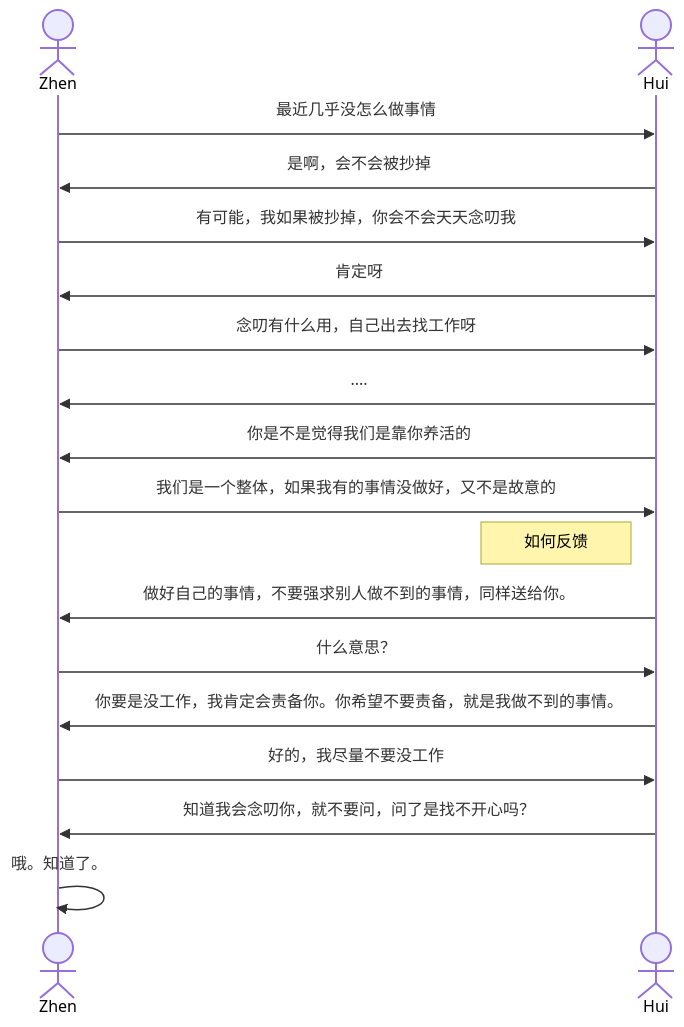
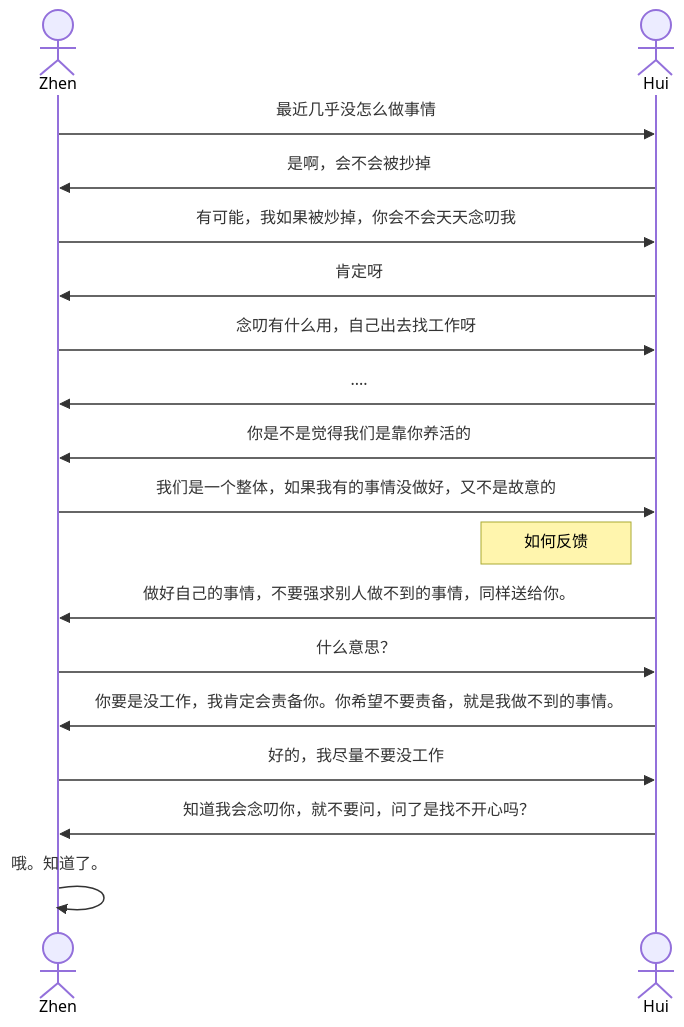
Before and after one commit to newle/newle.github.io: the diagram in 0a 家庭.md, drawn with Mermaid. The commit also changed other lines of this file and 1 other file, not shown here.

Commit message:
vault backup: 2023-01-02 11:58:29

````diff
--- a/0a 家庭.md
+++ b/0a 家庭.md
@@ -4,22 +4,22 @@
 ```mermaid
 sequenceDiagram
 
 actor Zhen
 actor Hui
 
 Zhen ->> Hui: 最近几乎没怎么做事情
 Hui ->> Zhen: 是啊，会不会被抄掉
-Zhen ->> Hui: 有可能，我如果被抄掉，你会不会天天念叨我
+Zhen ->> Hui: 有可能，我如果被炒掉，你会不会天天念叨我
 Hui ->> Zhen: 肯定呀
 Zhen ->> Hui: 念叨有什么用，自己出去找工作呀
 Hui ->> Zhen: ....
 Hui ->> Zhen: 你是不是觉得我们是靠你养活的
 Zhen ->> Hui: 我们是一个整体，如果我有的事情没做好，又不是故意的
 Note Left of Hui: 如何反馈
 Hui ->> Zhen: 做好自己的事情，不要强求别人做不到的事情，同样送给你。
 Zhen ->> Hui: 什么意思？
 Hui ->> Zhen: 你要是没工作，我肯定会责备你。你希望不要责备，就是我做不到的事情。
 Zhen ->> Hui: 好的，我尽量不要没工作
 Hui ->> Zhen: 知道我会念叨你，就不要问，问了是找不开心吗？
 Zhen ->> Zhen: 哦。知道了。
 ```
````
